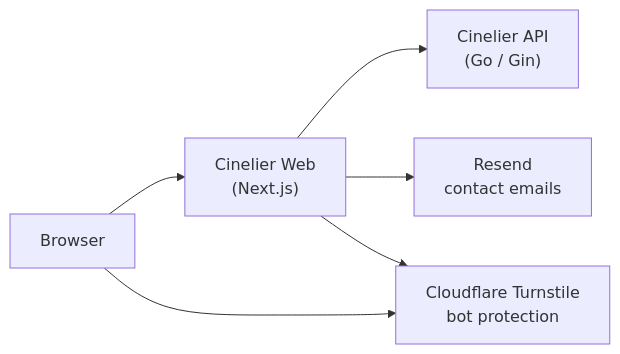
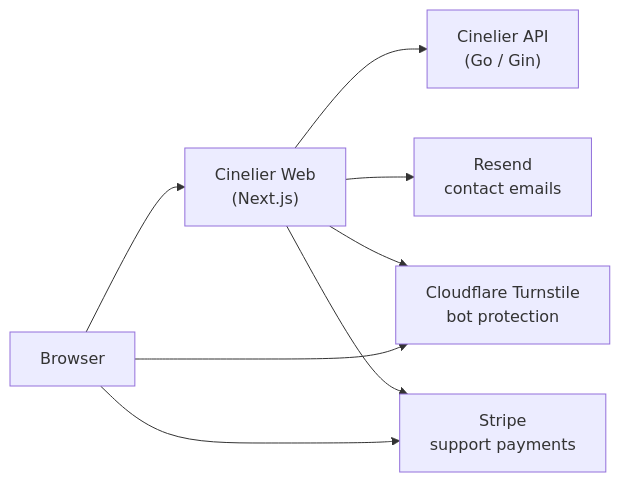
The diagram in README.md (masaya-nishimura-09/movie-log), drawn with Mermaid before and after one commit. The commit also changed other lines of this file and 29 other files, not shown here.

````diff
--- a/README.md
+++ b/README.md
@@ -41,8 +41,10 @@
 ```mermaid
 flowchart LR
     browser["Browser"] --> web["Cinelier Web<br/>(Next.js)"]
     web --> api["Cinelier API<br/>(Go / Gin)"]
     web --> resend["Resend<br/>contact emails"]
     web --> turnstile["Cloudflare Turnstile<br/>bot protection"]
     browser --> turnstile
+    web --> stripe["Stripe<br/>support payments"]
+    browser --> stripe
 ```
````
